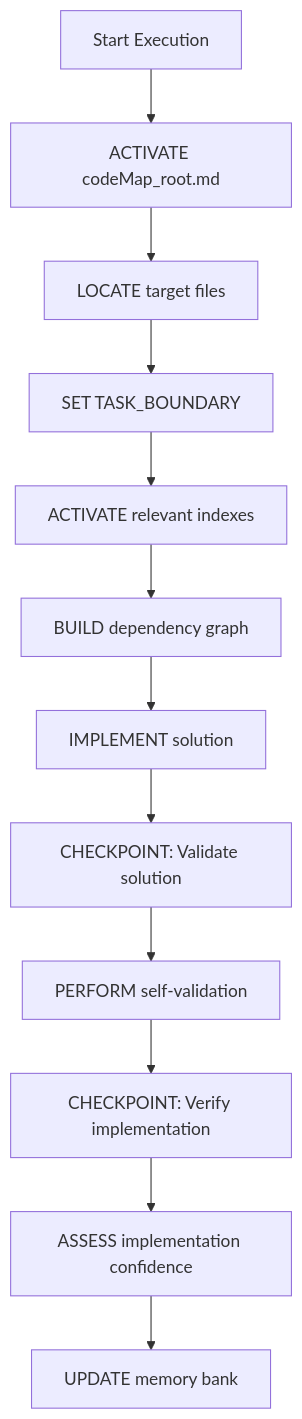
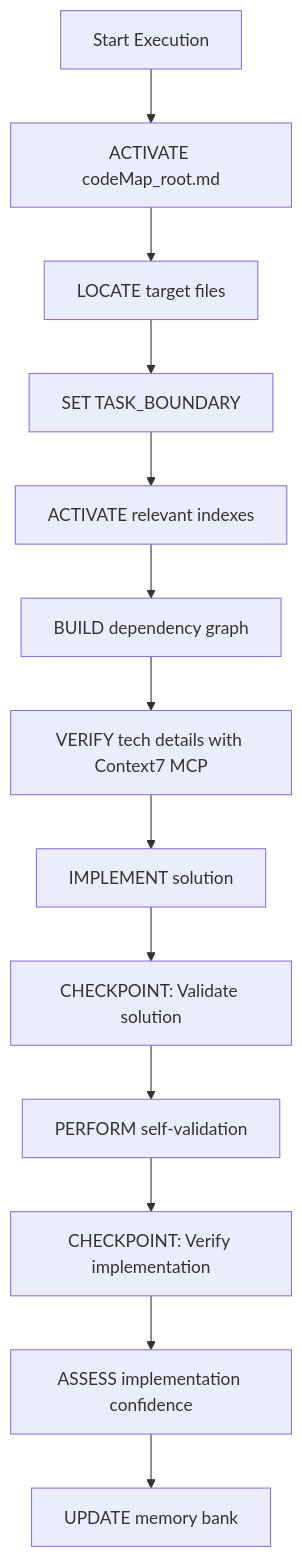
The fourth of 7 diagrams in .cursor/rules/custom-instructions.mdc (tejastechq/timezonepulse), drawn with Mermaid before and after one commit. The commit also changed other lines of this file and 3 other files, not shown here.

````diff
--- a/.cursor/rules/custom-instructions.mdc
+++ b/.cursor/rules/custom-instructions.mdc
@@ -699,14 +777,15 @@
 ```mermaid
 flowchart TD
     Start[Start Execution] --> Activate[ACTIVATE codeMap_root.md]
     Activate --> Locate[LOCATE target files]
     Locate --> Boundary[SET TASK_BOUNDARY]
     Boundary --> LoadIndex[ACTIVATE relevant indexes]
     LoadIndex --> Dependency[BUILD dependency graph]
-    Dependency --> Implement[IMPLEMENT solution]
+    Dependency --> TechVerify[VERIFY tech details with Context7 MCP]
+    TechVerify --> Implement[IMPLEMENT solution]
     Implement --> Checkpoint1[CHECKPOINT: Validate solution]
     Checkpoint1 --> SelfValidate[PERFORM self-validation]
     SelfValidate --> Checkpoint2[CHECKPOINT: Verify implementation]
     Checkpoint2 --> AssessConfidence[ASSESS implementation confidence]
     AssessConfidence --> UpdateDocs[UPDATE memory bank]
 ```
````
